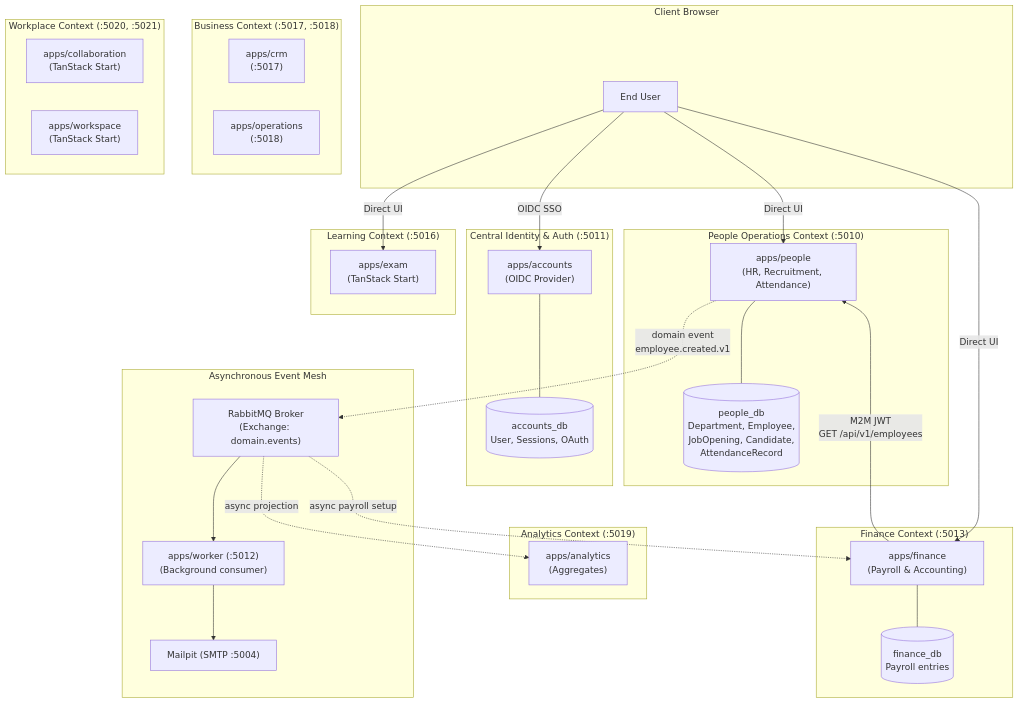
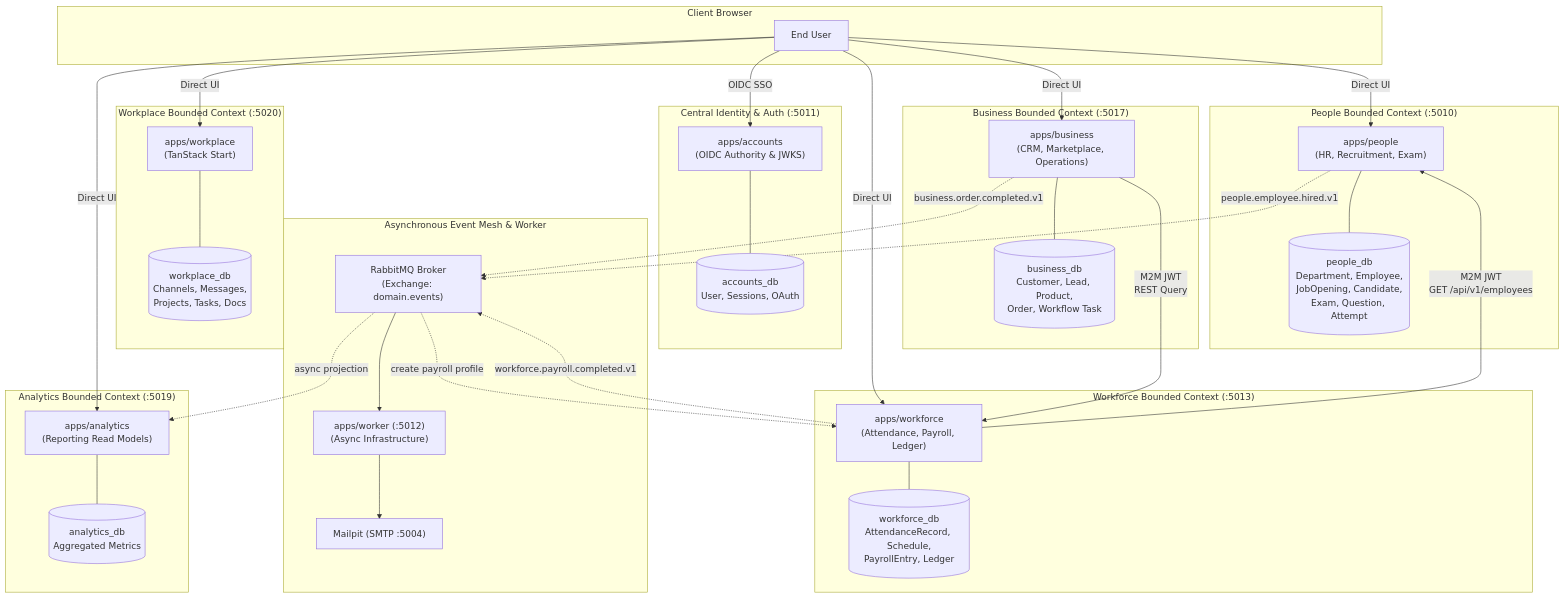
Before and after one commit to rmValdez/next-tanstack-framework-template: the first of 4 diagrams in docs/architecture/system-architecture.md, drawn with Mermaid. The commit also changed other lines of this file and 3 other files, not shown here.

Commit message:
docs: lock in ADR D22 final bounded contexts architecture and 9-step roadmap

````diff
--- a/docs/architecture/system-architecture.md
+++ b/docs/architecture/system-architecture.md
@@ -9,63 +9,68 @@
 ```mermaid
 graph TD
     subgraph Browser ["Client Browser"]
         U["End User"]
     end
 
     subgraph Identity ["Central Identity & Auth (:5011)"]
-        ACC["apps/accounts<br/>(OIDC Provider)"]
+        ACC["apps/accounts<br/>(OIDC Authority & JWKS)"]
         ACC_DB[("accounts_db<br/>User, Sessions, OAuth")]
         ACC --- ACC_DB
     end
 
-    subgraph PeopleContext ["People Operations Context (:5010)"]
-        PEOPLE["apps/people<br/>(HR, Recruitment, Attendance)"]
-        PEOPLE_DB[("people_db<br/>Department, Employee,<br/>JobOpening, Candidate,<br/>AttendanceRecord")]
+    subgraph PeopleContext ["People Bounded Context (:5010)"]
+        PEOPLE["apps/people<br/>(HR, Recruitment, Exam)"]
+        PEOPLE_DB[("people_db<br/>Department, Employee,<br/>JobOpening, Candidate,<br/>Exam, Question, Attempt")]
         PEOPLE --- PEOPLE_DB
     end
 
-    subgraph FinanceContext ["Finance Context (:5013)"]
-        FIN["apps/finance<br/>(Payroll & Accounting)"]
-        FIN_DB[("finance_db<br/>Payroll entries")]
-        FIN --- FIN_DB
+    subgraph WorkforceContext ["Workforce Bounded Context (:5013)"]
+        WF["apps/workforce<br/>(Attendance, Payroll, Ledger)"]
+        WF_DB[("workforce_db<br/>AttendanceRecord, Schedule,<br/>PayrollEntry, Ledger")]
+        WF --- WF_DB
     end
 
-    subgraph BusinessContext ["Business Context (:5017, :5018)"]
-        CRM["apps/crm<br/>(:5017)"]
-        OPS["apps/operations<br/>(:5018)"]
+    subgraph BusinessContext ["Business Bounded Context (:5017)"]
+        BUS["apps/business<br/>(CRM, Marketplace, Operations)"]
+        BUS_DB[("business_db<br/>Customer, Lead, Product,<br/>Order, Workflow Task")]
+        BUS --- BUS_DB
     end
 
-    subgraph LearningContext ["Learning Context (:5016)"]
-        EXAM["apps/exam<br/>(TanStack Start)"]
+    subgraph WorkplaceContext ["Workplace Bounded Context (:5020)"]
+        WP["apps/workplace<br/>(TanStack Start)"]
+        WP_DB[("workplace_db<br/>Channels, Messages,<br/>Projects, Tasks, Docs")]
+        WP --- WP_DB
     end
 
-    subgraph WorkplaceContext ["Workplace Context (:5020, :5021)"]
-        COL["apps/collaboration<br/>(TanStack Start)"]
-        WS["apps/workspace<br/>(TanStack Start)"]
+    subgraph AnalyticsContext ["Analytics Bounded Context (:5019)"]
+        ANA["apps/analytics<br/>(Reporting Read Models)"]
+        ANA_DB[("analytics_db<br/>Aggregated Metrics")]
+        ANA --- ANA_DB
     end
 
-    subgraph AnalyticsContext ["Analytics Context (:5019)"]
-        ANA["apps/analytics<br/>(Aggregates)"]
-    end
-
-    subgraph EventMesh ["Asynchronous Event Mesh"]
+    subgraph EventMesh ["Asynchronous Event Mesh & Worker"]
         MQ["RabbitMQ Broker<br/>(Exchange: domain.events)"]
-        WK["apps/worker (:5012)<br/>(Background consumer)"]
+        WK["apps/worker (:5012)<br/>(Async Infrastructure)"]
         MAIL["Mailpit (SMTP :5004)"]
         MQ --> WK --> MAIL
     end
 
     %% User Browser Access
     U -->|"OIDC SSO"| ACC
     U -->|"Direct UI"| PEOPLE
-    U -->|"Direct UI"| FIN
-    U -->|"Direct UI"| EXAM
+    U -->|"Direct UI"| WF
+    U -->|"Direct UI"| BUS
+    U -->|"Direct UI"| WP
+    U -->|"Direct UI"| ANA
 
-    %% App to App Synchronous
-    FIN -->|"M2M JWT<br/>GET /api/v1/employees"| PEOPLE
+    %% App to App Synchronous (REST + M2M Token)
+    BUS -->|"M2M JWT<br/>REST Query"| WF
+    WF -->|"M2M JWT<br/>GET /api/v1/employees"| PEOPLE
 
-    %% Asynchronous Events
-    PEOPLE -.->|"domain event<br/>employee.created.v1"| MQ
+    %% Asynchronous Events via Outbox/Inbox
+    PEOPLE -.->|"people.employee.hired.v1"| MQ
+    BUS -.->|"business.order.completed.v1"| MQ
+    WF -.->|"workforce.payroll.completed.v1"| MQ
     MQ -.->|"async projection"| ANA
-    MQ -.->|"async payroll setup"| FIN
+    MQ -.->|"create payroll profile"| WF
 ```
````
